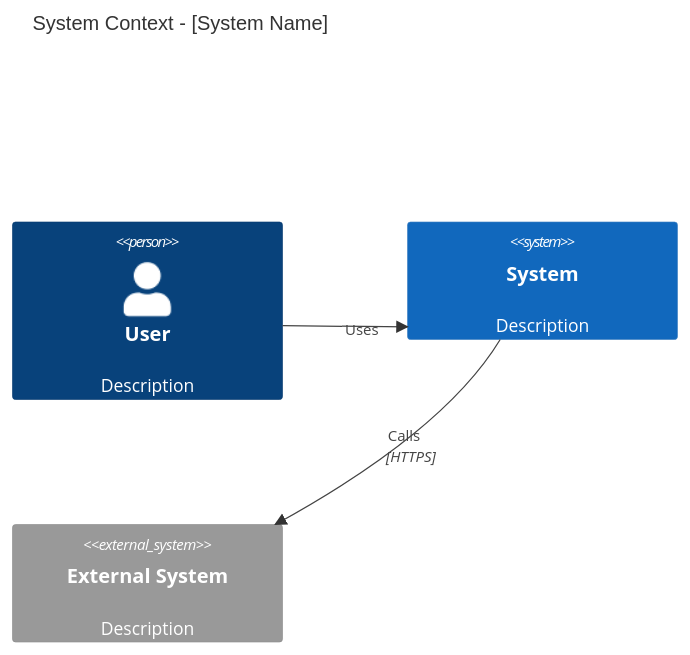
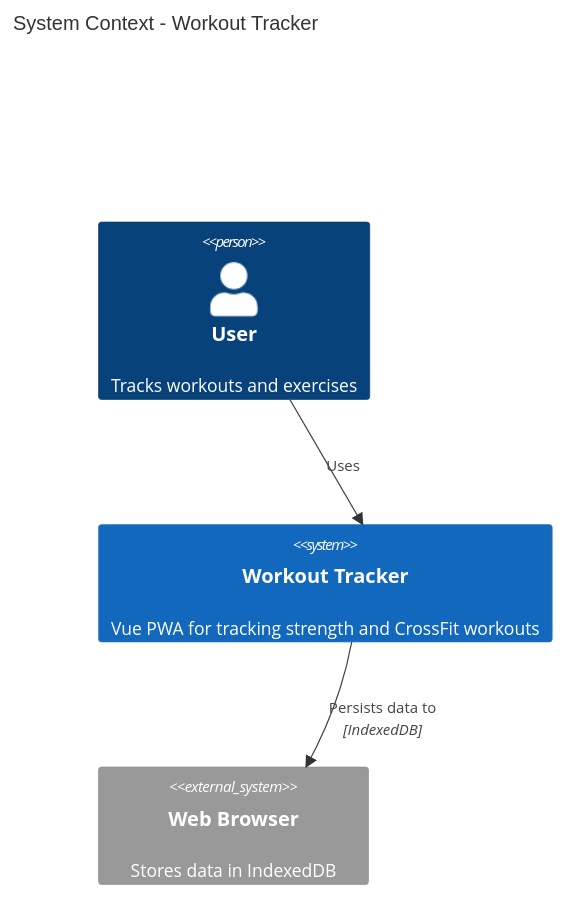
One commit to dsissoko/oneticket-skills changed the first of 8 diagrams in .apm/skills/oneticket-c4/SKILL.md. Above: the diagram before and after it, drawn with Mermaid. The commit also changed other lines of this file and 1 other file, not shown here.

````diff
--- a/.apm/skills/oneticket-c4/SKILL.md
+++ b/.apm/skills/oneticket-c4/SKILL.md
@@ -42,9 +43,11 @@
 ```mermaid
 C4Context
-  title System Context - [System Name]
-  Person(user, "User", "Description")
-  System(app, "System", "Description")
-  System_Ext(ext, "External System", "Description")
+  title System Context - Workout Tracker
+
+  Person(user, "User", "Tracks workouts and exercises")
+  System(app, "Workout Tracker", "Vue PWA for tracking strength and CrossFit workouts")
+  System_Ext(browser, "Web Browser", "Stores data in IndexedDB")
+
   Rel(user, app, "Uses")
-  Rel(app, ext, "Calls", "HTTPS")
+  Rel(app, browser, "Persists data to", "IndexedDB")
 ```
````
